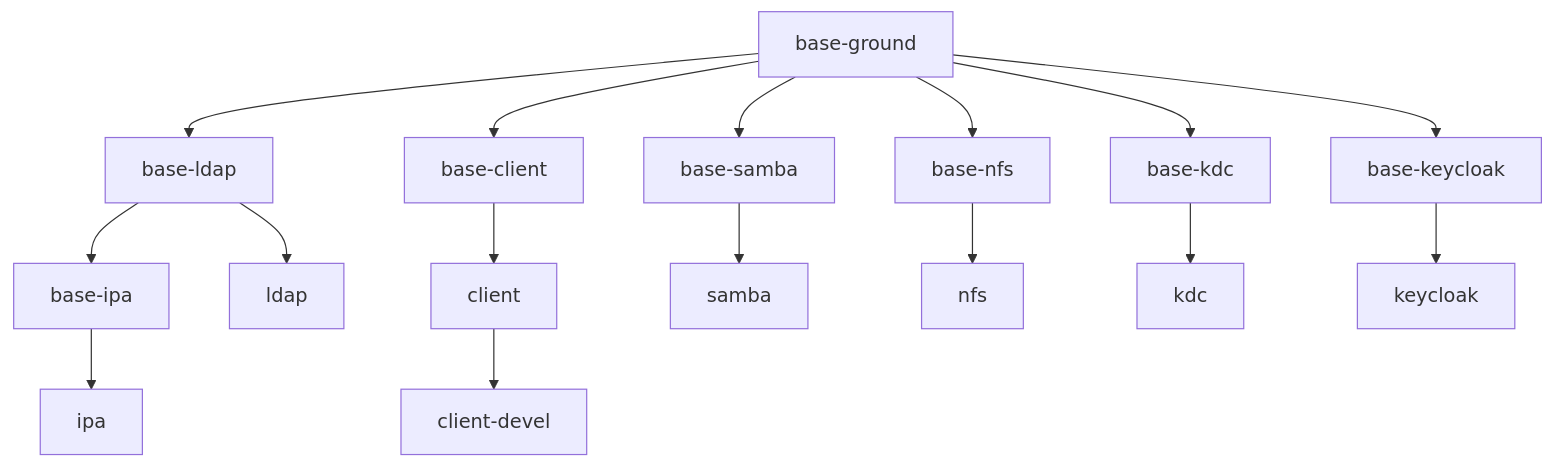
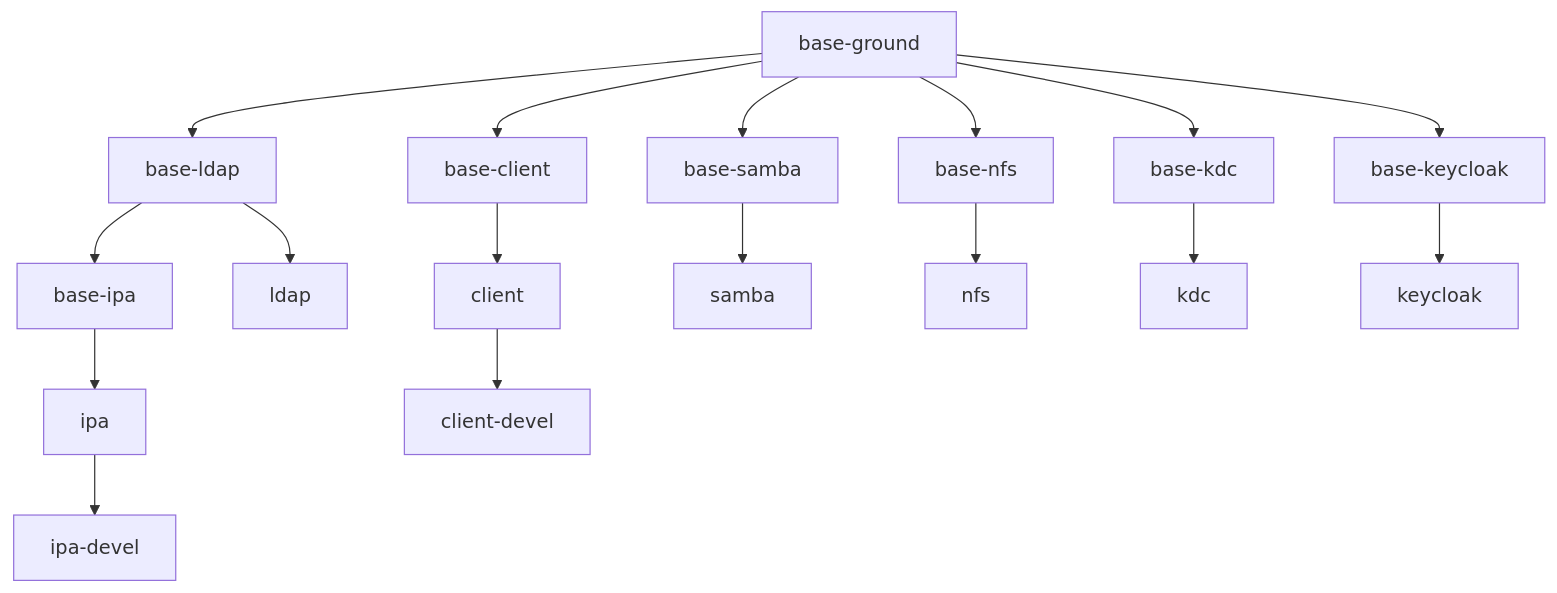
One commit to SSSD/sssd-ci-containers changed the diagram in readme.md. Above: the diagram before and after it, drawn with Mermaid. The commit also changed other lines of this file and 4 other files, not shown here.

First line of the commit message:
build: add ipa-devel container with SSSD build dependencies

````diff
--- a/readme.md
+++ b/readme.md
@@ -275,25 +279,26 @@
 ```mermaid
   flowchart TD
     base-ground --> base-ldap
     base-ground --> base-client
     base-ground --> base-samba
     base-ground --> base-nfs
     base-ground --> base-kdc
     base-ground --> base-keycloak
 
     base-ldap --> base-ipa
     base-ldap --> ldap
 
     base-ipa --> ipa
+    ipa --> ipa-devel
 
     base-client --> client
     client --> client-devel
 
     base-samba --> samba
 
     base-nfs --> nfs
 
     base-kdc --> kdc
 
     base-keycloak --> keycloak
 ```
````
